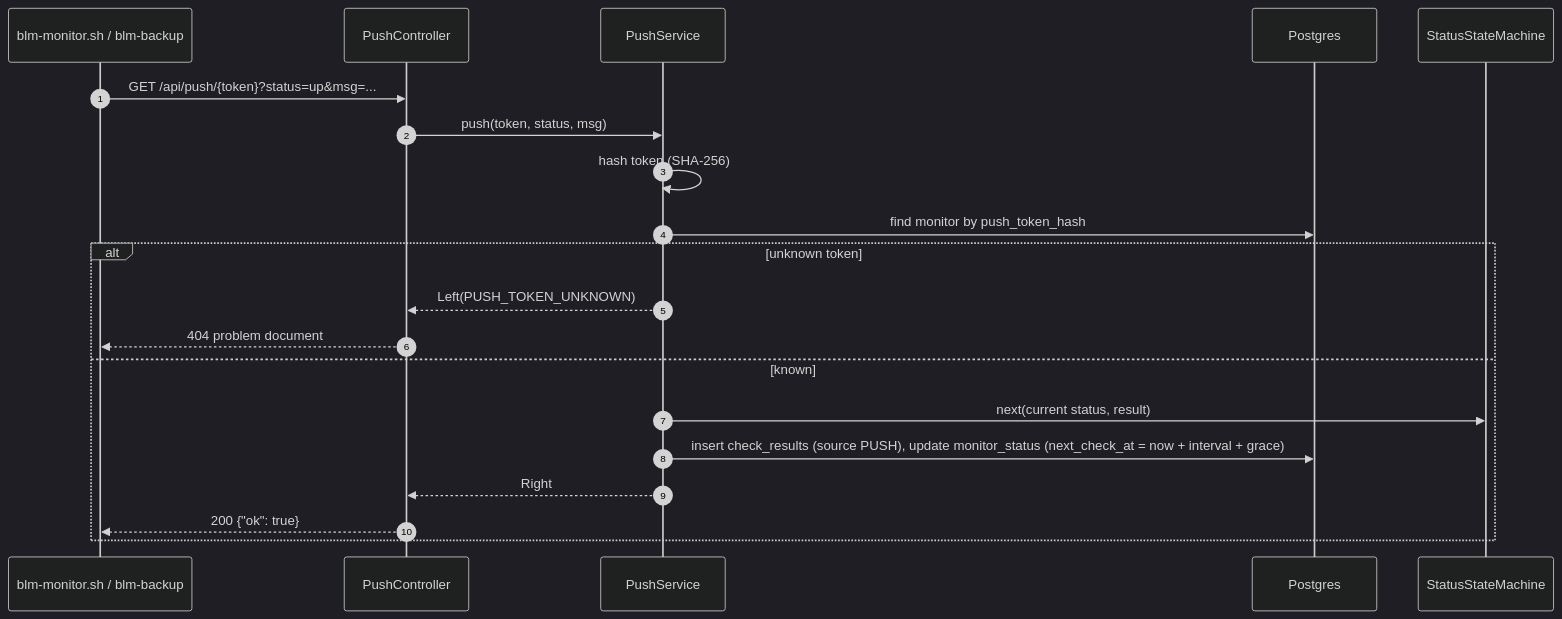
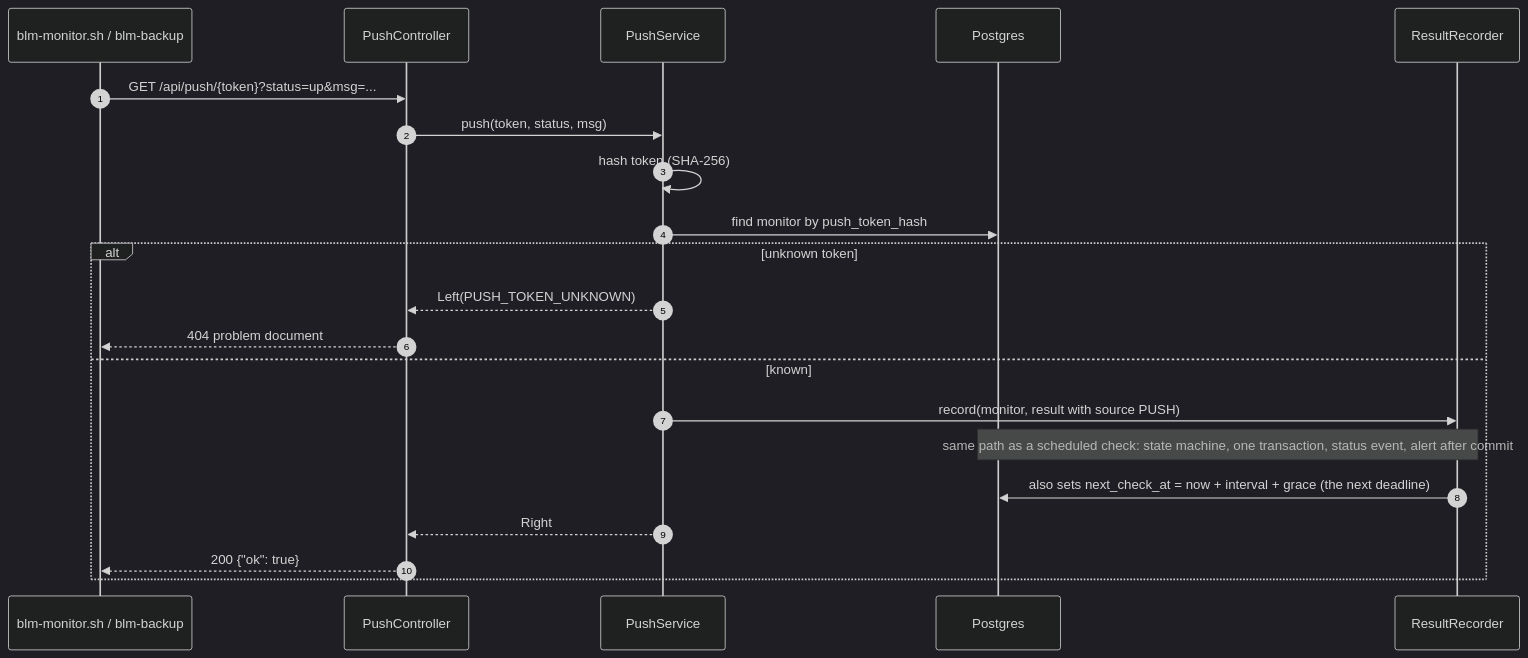
The fourth of 7 diagrams in docs/MONITOR_ARCHITECTURE.md (theoleuthardt/backlog-manager), drawn with Mermaid (dark theme) before and after one commit. The commit also changed other lines of this file, not shown here.

First line of the commit message:
docs: route every result through one recorder, retry undelivered alerts (#506)

````diff
--- a/docs/MONITOR_ARCHITECTURE.md
+++ b/docs/MONITOR_ARCHITECTURE.md
@@ -218,23 +229,24 @@
 ```mermaid
 sequenceDiagram
     autonumber
     participant J as blm-monitor.sh / blm-backup
     participant P as PushController
     participant PS as PushService
     participant DB as Postgres
-    participant M as StatusStateMachine
+    participant R as ResultRecorder
 
     J->>P: GET /api/push/{token}?status=up&msg=...
     P->>PS: push(token, status, msg)
     PS->>PS: hash token (SHA-256)
     PS->>DB: find monitor by push_token_hash
     alt unknown token
         PS-->>P: Left(PUSH_TOKEN_UNKNOWN)
         P-->>J: 404 problem document
     else known
-        PS->>M: next(current status, result)
-        PS->>DB: insert check_results (source PUSH), update monitor_status (next_check_at = now + interval + grace)
+        PS->>R: record(monitor, result with source PUSH)
+        Note over R,DB: same path as a scheduled check: state machine, one transaction, status event, alert after commit
+        R->>DB: also sets next_check_at = now + interval + grace (the next deadline)
         PS-->>P: Right
         P-->>J: 200 {"ok": true}
     end
 ```
````
